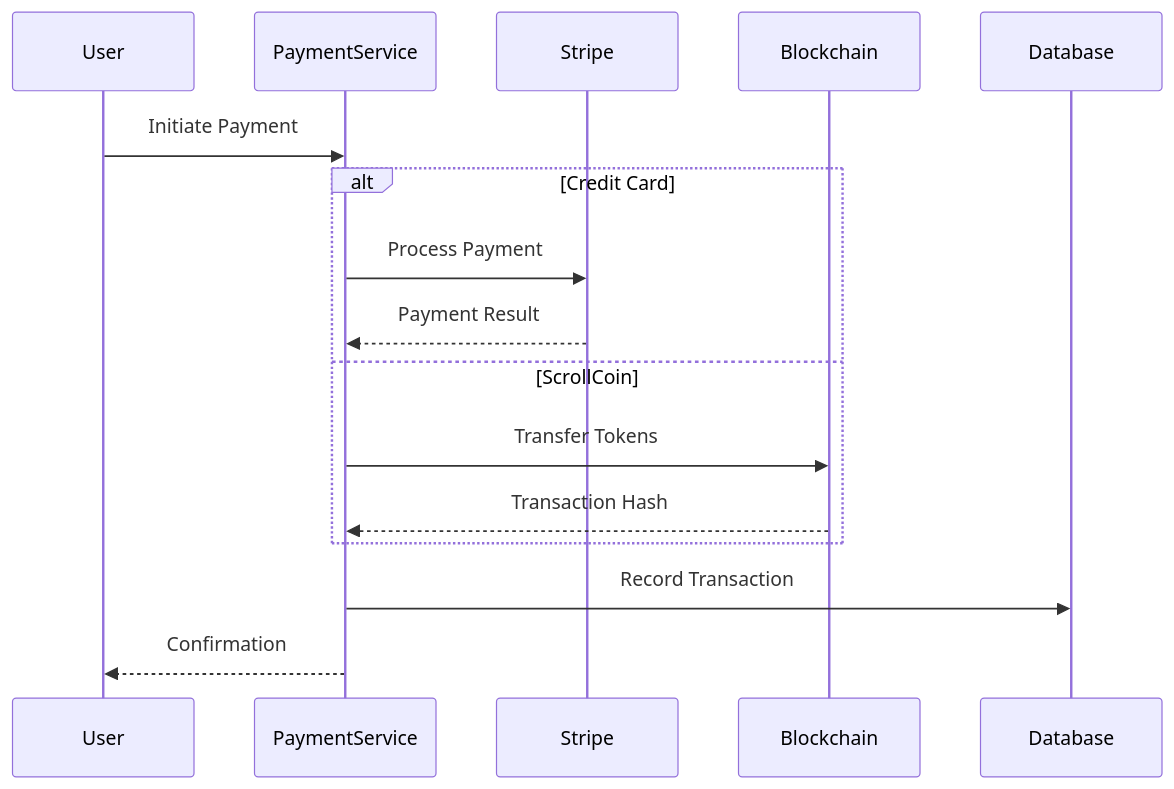
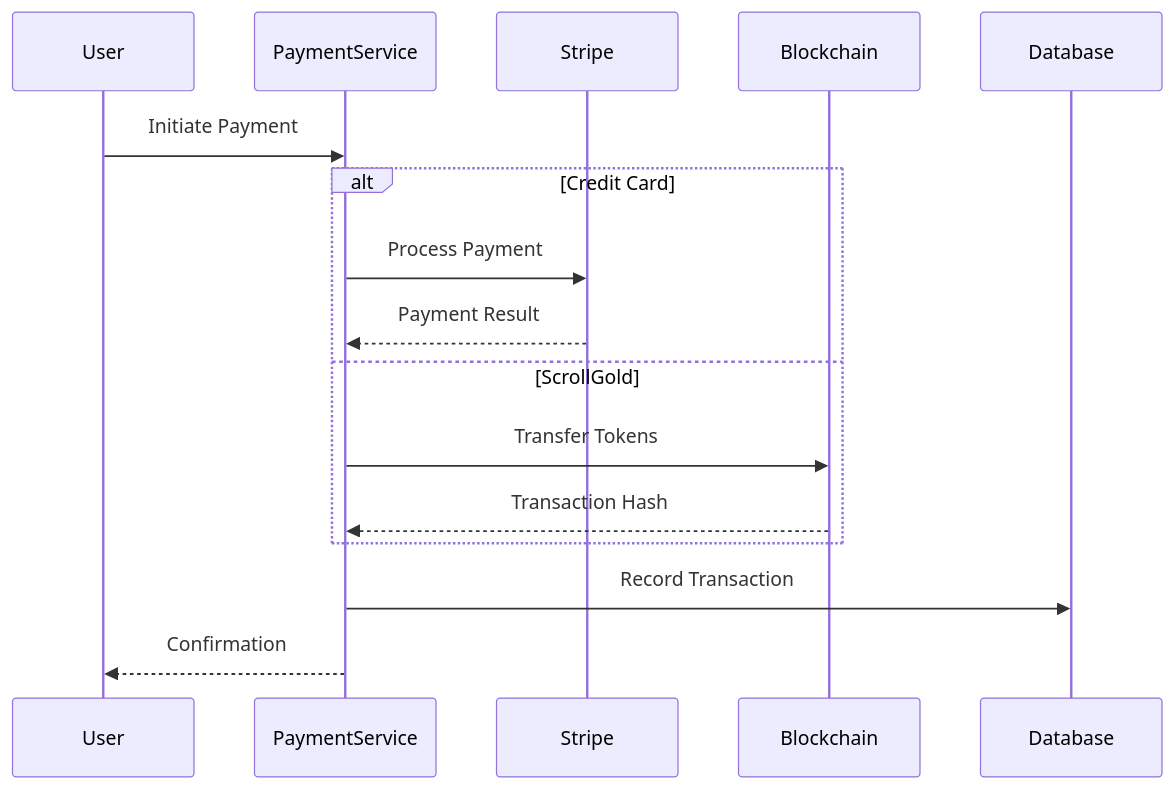
One commit to stanleymay20/zion-scroll-forge changed the fourth of 8 diagrams in docs/ARCHITECTURE.md. Above: the diagram before and after it, drawn with Mermaid. The commit also changed other lines of this file and 1853 other files, not shown here.

````diff
--- a/docs/ARCHITECTURE.md
+++ b/docs/ARCHITECTURE.md
@@ -203,19 +203,19 @@
 ```mermaid
 sequenceDiagram
     participant User
     participant PaymentService
     participant Stripe
     participant Blockchain
     participant Database
     
     User->>PaymentService: Initiate Payment
     alt Credit Card
         PaymentService->>Stripe: Process Payment
         Stripe-->>PaymentService: Payment Result
-    else ScrollCoin
+    else ScrollGold
         PaymentService->>Blockchain: Transfer Tokens
         Blockchain-->>PaymentService: Transaction Hash
     end
     PaymentService->>Database: Record Transaction
     PaymentService-->>User: Confirmation
 ```
````
